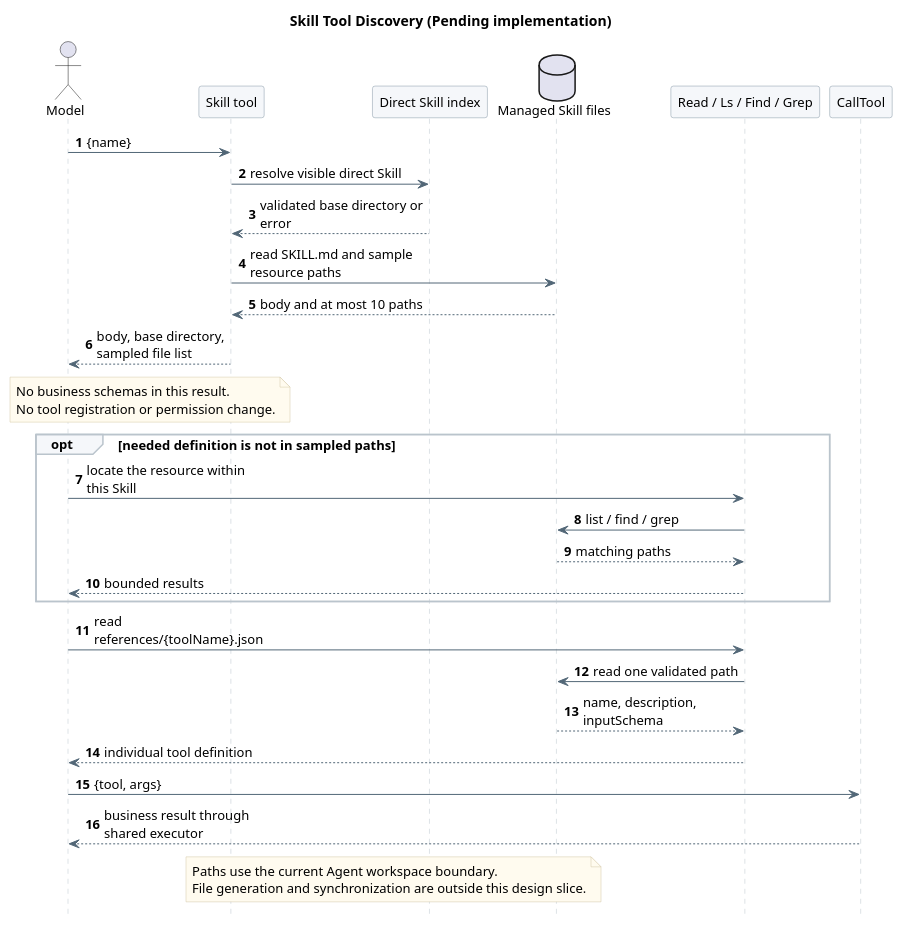
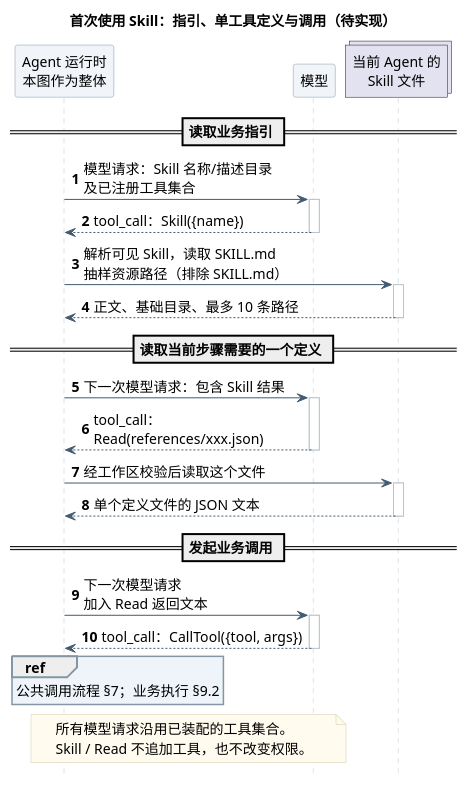
The fifth of 13 diagrams in 01-总体架构/02-CampusClaw工具系统/diagram.puml (ssm0808/pi-mono-java-design), drawn with PlantUML before and after one commit. The commit also changed other lines of this file and 15 other files, not shown here.

```diff
--- a/01-总体架构/02-CampusClaw工具系统/diagram.puml
+++ b/01-总体架构/02-CampusClaw工具系统/diagram.puml
@@ -289,61 +341,60 @@
 @startuml list_mate_tools_sequence
 skinparam backgroundColor white
-skinparam defaultFontName SansSerif
-skinparam defaultFontSize 13
+skinparam defaultFontName "PingFang SC"
+skinparam defaultFontSize 14
 skinparam shadowing false
 skinparam sequenceMessageAlign left
-skinparam maxMessageSize 165
-skinparam sequenceArrowColor #526777
+skinparam maxMessageSize 210
+skinparam sequenceArrowColor #425B70
 skinparam sequenceLifeLineBorderColor #BAC4CC
-skinparam sequenceParticipantBackgroundColor #F5F7FA
+skinparam sequenceParticipantBackgroundColor #F1F5F9
 skinparam sequenceParticipantBorderColor #8496A4
-skinparam sequenceGroupBackgroundColor #F5F7FA
+skinparam sequenceGroupBackgroundColor #FAFBFC
 skinparam sequenceGroupBorderColor #BAC4CC
+skinparam sequenceReferenceBackgroundColor #EEF4FA
+skinparam sequenceReferenceBorderColor #8496A4
 skinparam noteBackgroundColor #FFFBEF
 skinparam noteBorderColor #D2C6A5
 hide footbox
 autonumber
-title Skill Tool Discovery (Pending implementation)
-' Source evidence (OpenCode ebb7b76eca82342642c78645109e865614533827):
+' Source evidence (OpenCode ebb7b76eca82342642c78645109e865614533827, checked 2026-09-20):
 ' packages/opencode/src/tool/skill.ts: SkillTool
-' Source evidence (CampusClaw fb842b1ac6cb4818f6b146f79dd184a5cd88bf12):
+' Source evidence (CampusClaw fb842b1ac6cb4818f6b146f79dd184a5cd88bf12, checked 2026-09-21):
+
+' modules/agent-core/src/main/java/com/campusclaw/agent/loop/AgentLoop.java: invokeModel, runToolPhase
 ' modules/coding-agent-cli/src/main/java/com/campusclaw/codingagent/skill/SkillPromptFormatter.java: format
-' modules/coding-agent-cli/src/main/java/com/campusclaw/codingagent/tool/read/ReadTool.java: execute
-' Observed behavior: CampusClaw currently uses Read for the body and ListMateTools for definitions.
-' Design reason: disclose instructions, then one tool definition, without mutating model tools.
+' modules/coding-agent-cli/src/main/java/com/campusclaw/codingagent/tool/read/ReadTool.java: execute, readText
+' Observed behavior: current CampusClaw loads content via Read and exposes definitions through ListMateTools.
+' Design reason: show model-request boundaries, with unchanged registered tools across progressive disclosure.
+' Pending implementation: Skill loader and per-tool definition resources; file production and synchronization are out of scope.
 ' Stable block identity retained for existing document links.
+title 首次使用 Skill：指引、单工具定义与调用（待实现）
 
-actor Model
-participant "Skill tool" as Skill
-participant "Direct Skill index" as Index
-database "Managed Skill files" as Files
-participant "Read / Ls / Find / Grep" as Read
-participant "CallTool" as Call
+participant "Agent 运行时\n本图作为整体" as Runtime
+participant "模型" as Model
+collections "当前 Agent 的\nSkill 文件" as Files
 
-Model -> Skill : {name}
-Skill -> Index : resolve visible direct Skill
-Index --> Skill : validated base directory or error
-Skill -> Files : read SKILL.md and sample resource paths
-Files --> Skill : body and at most 10 paths
-Skill --> Model : body, base directory, sampled file list
-note over Model,Skill
-  No business schemas in this result.
-  No tool registration or permission change.
-end note
-opt needed definition is not in sampled paths
-  Model -> Read : locate the resource within this Skill
-  Read -> Files : list / find / grep
-  Files --> Read : matching paths
-  Read --> Model : bounded results
-end
-Model -> Read : read references/{toolName}.json
-Read -> Files : read one validated path
-Files --> Read : name, description, inputSchema
-Read --> Model : individual tool definition
-Model -> Call : {tool, args}
-Call --> Model : business result through shared executor
-note over Skill,Files
-  Paths use the current Agent workspace boundary.
-  File generation and synchronization are outside this design slice.
+== 读取业务指引 ==
+Runtime -> Model ++ : 模型请求：Skill 名称/描述目录\n及已注册工具集合
+Model --> Runtime -- : tool_call：Skill({name})
+Runtime -> Files ++ : 解析可见 Skill，读取 SKILL.md\n抽样资源路径（排除 SKILL.md）
+Files --> Runtime -- : 正文、基础目录、最多 10 条路径
+
+== 读取当前步骤需要的一个定义 ==
+Runtime -> Model ++ : 下一次模型请求：包含 Skill 结果
+Model --> Runtime -- : tool_call：Read(references/xxx.json)
+Runtime -> Files ++ : 经工作区校验后读取这个文件
+Files --> Runtime -- : 单个定义文件的 JSON 文本
+
+== 发起业务调用 ==
+Runtime -> Model ++ : 下一次模型请求\n加入 Read 返回文本
+Model --> Runtime -- : tool_call：CallTool({tool, args})
+ref over Runtime
+  公共调用流程 §7；业务执行 §9.2
+end ref
+
+note over Runtime, Model
+  所有模型请求沿用已装配的工具集合。
+  Skill / Read 不追加工具，也不改变权限。
 end note
 @enduml
```
